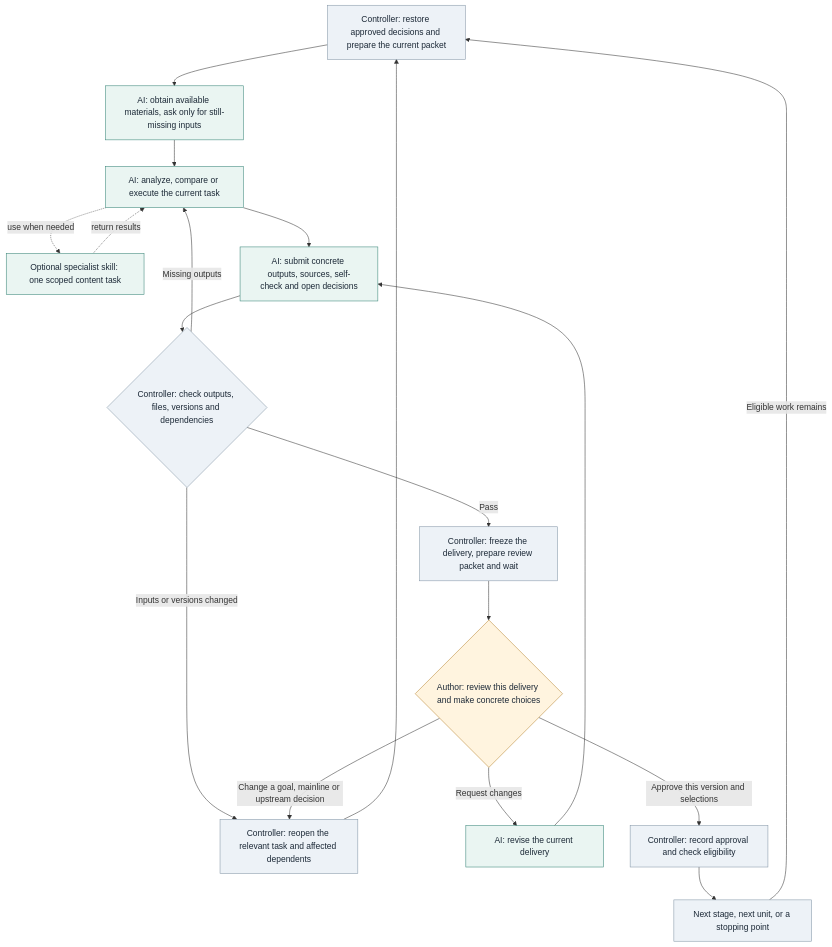
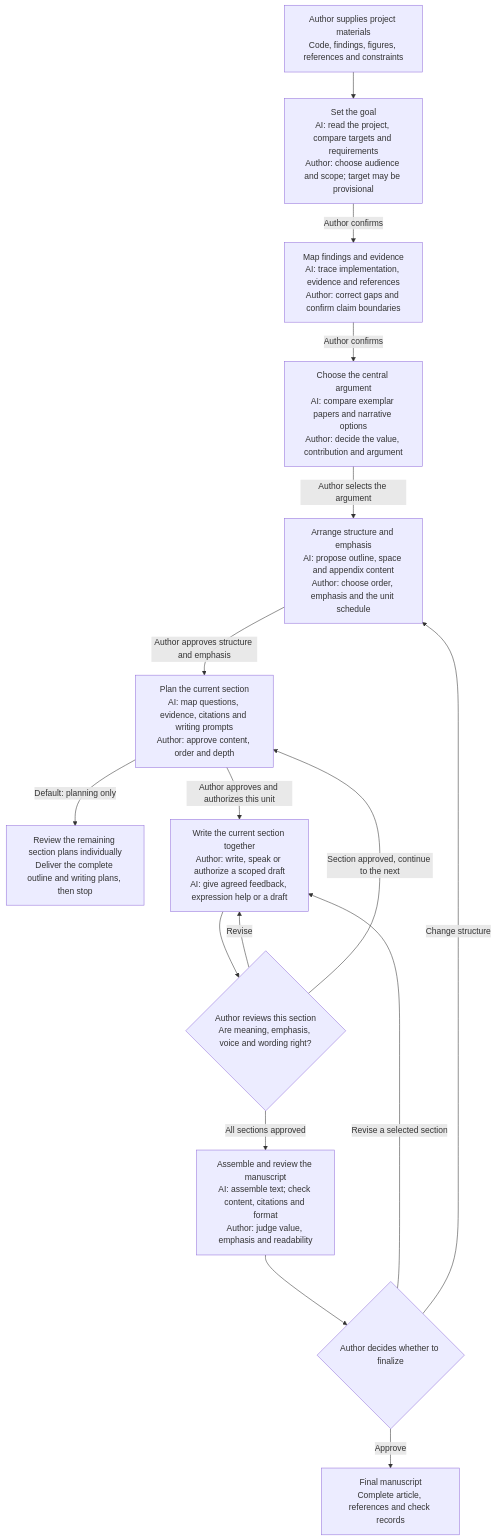
Before and after one commit to SAFuDarren/paper-shaper: the diagram in docs/workflow.md, drawn with Mermaid. The commit also changed other lines of this file and 5 other files, not shown here.

Commit message:
Document the complete author–AI workflow as a native Markdown flowchart

````diff
--- a/docs/workflow.md
+++ b/docs/workflow.md
@@ -30,26 +9,31 @@
 ```mermaid
 flowchart TD
-    P[Controller: restore approved decisions and prepare the current packet] --> A[AI: obtain available materials, ask only for still-missing inputs]
-    A --> W[AI: analyze, compare or execute the current task]
-    S[Optional specialist skill: one scoped content task] -.return results.-> W
-    W -.use when needed.-> S
-    W --> D[AI: submit concrete outputs, sources, self-check and open decisions]
-    D --> C{Controller: check outputs, files, versions and dependencies}
-    C -->|Missing outputs| W
-    C -->|Inputs or versions changed| U
-    C -->|Pass| F[Controller: freeze the delivery, prepare review packet and wait]
-    F --> H{Author: review this delivery and make concrete choices}
-    H -->|Request changes| R[AI: revise the current delivery]
-    R --> D
-    H -->|Approve this version and selections| G[Controller: record approval and check eligibility]
-    G --> N[Next stage, next unit, or a stopping point]
-    N -->|Eligible work remains| P
-    H -->|Change a goal, mainline or upstream decision| U[Controller: reopen the relevant task and affected dependents]
-    U --> P
-    classDef author fill:#fff4df,stroke:#b78430,color:#1c2937;
-    classDef ai fill:#eaf5f2,stroke:#368376,color:#1c2937;
-    classDef controller fill:#edf2f7,stroke:#8294a5,color:#1c2937;
-    class H author;
-    class A,W,D,R,S ai;
-    class P,C,F,G,N,U controller;
+    A["Author supplies project materials<br/>Code, findings, figures, references and constraints"]
+    B["Set the goal<br/>AI: read the project, compare targets and requirements<br/>Author: choose audience and scope; target may be provisional"]
+    C["Map findings and evidence<br/>AI: trace implementation, evidence and references<br/>Author: correct gaps and confirm claim boundaries"]
+    D["Choose the central argument<br/>AI: compare exemplar papers and narrative options<br/>Author: decide the value, contribution and argument"]
+    E["Arrange structure and emphasis<br/>AI: propose outline, space and appendix content<br/>Author: choose order, emphasis and the unit schedule"]
+    F["Plan the current section<br/>AI: map questions, evidence, citations and writing prompts<br/>Author: approve content, order and depth"]
+    P["Review the remaining section plans individually<br/>Deliver the complete outline and writing plans, then stop"]
+    G["Write the current section together<br/>Author: write, speak or authorize a scoped draft<br/>AI: give agreed feedback, expression help or a draft"]
+    H{"Author reviews this section<br/>Are meaning, emphasis, voice and wording right?"}
+    I["Assemble and review the manuscript<br/>AI: assemble text; check content, citations and format<br/>Author: judge value, emphasis and readability"]
+    J{"Author decides whether to finalize"}
+    K["Final manuscript<br/>Complete article, references and check records"]
+
+    A --> B
+    B -->|Author confirms| C
+    C -->|Author confirms| D
+    D -->|Author selects the argument| E
+    E -->|Author approves structure and emphasis| F
+    F -->|Default: planning only| P
+    F -->|Author approves and authorizes this unit| G
+    G --> H
+    H -->|Revise| G
+    H -->|Section approved, continue to the next| F
+    H -->|All sections approved| I
+    I --> J
+    J -->|Revise a selected section| G
+    J -->|Change structure| E
+    J -->|Approve| K
 ```
````
